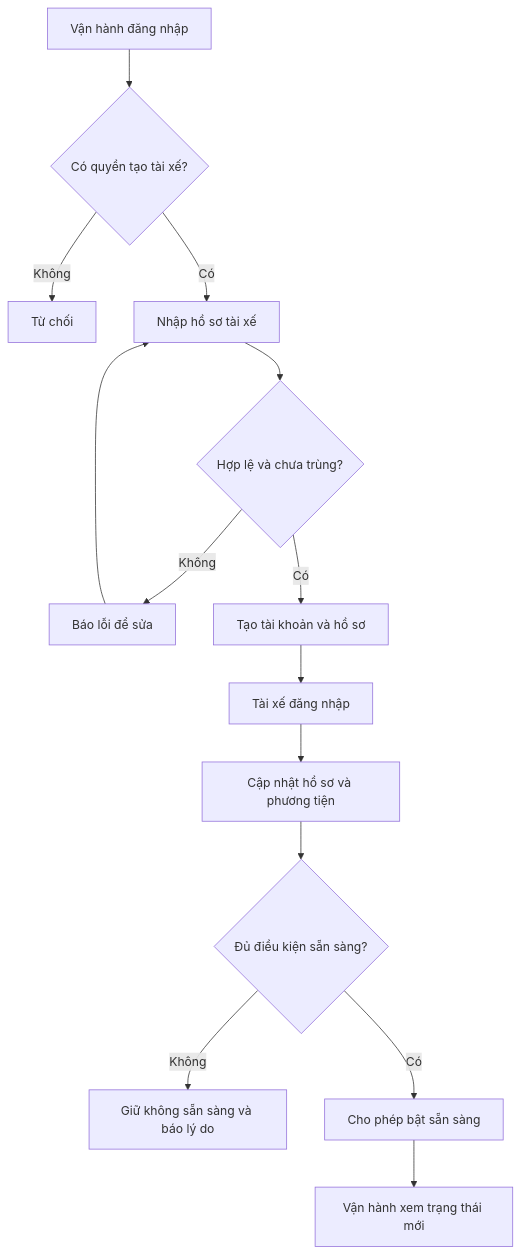
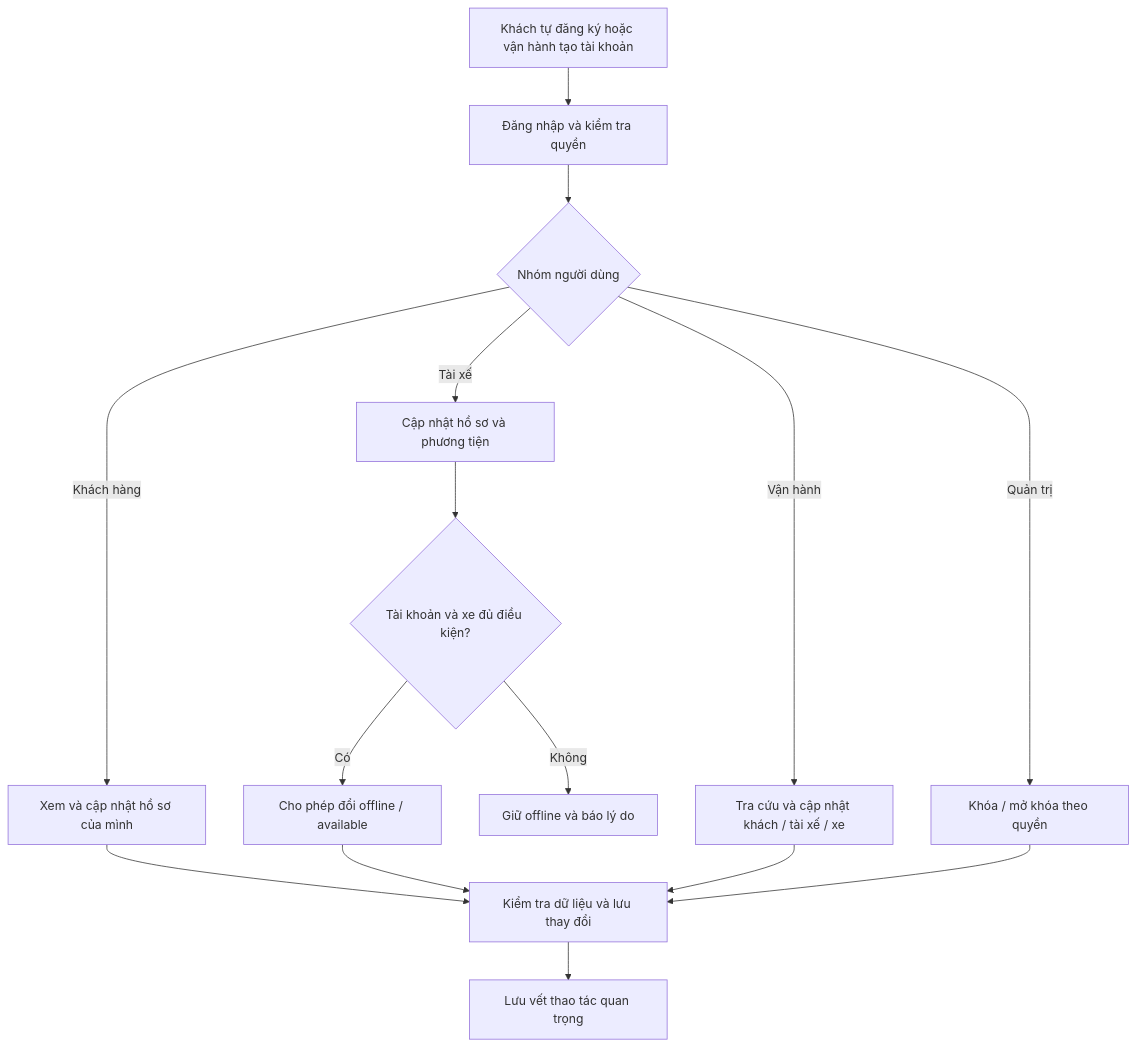
One commit to fitduycao/23662021_ToNguyenKhanhDuy_CABSYSTEM changed the second of 3 diagrams in srs.md. Above: the diagram before and after it, drawn with Mermaid. The commit also changed other lines of this file, not shown here.

````diff
--- a/srs.md
+++ b/srs.md
@@ -157,16 +219,17 @@
 ```mermaid
 flowchart TD
-    A[Vận hành đăng nhập] --> B{Có quyền tạo tài xế?}
-    B -- Không --> C[Từ chối]
-    B -- Có --> D[Nhập hồ sơ tài xế]
-    D --> E{Hợp lệ và chưa trùng?}
-    E -- Không --> F[Báo lỗi để sửa]
-    F --> D
-    E -- Có --> G[Tạo tài khoản và hồ sơ]
-    G --> H[Tài xế đăng nhập]
-    H --> I[Cập nhật hồ sơ và phương tiện]
-    I --> J{Đủ điều kiện sẵn sàng?}
-    J -- Không --> K[Giữ không sẵn sàng và báo lý do]
-    J -- Có --> L[Cho phép bật sẵn sàng]
-    L --> M[Vận hành xem trạng thái mới]
+    A[Khách tự đăng ký hoặc vận hành tạo tài khoản] --> B[Đăng nhập và kiểm tra quyền]
+    B --> C{Nhóm người dùng}
+    C -- Khách hàng --> D[Xem và cập nhật hồ sơ của mình]
+    C -- Tài xế --> E[Cập nhật hồ sơ và phương tiện]
+    E --> F{Tài khoản và xe đủ điều kiện?}
+    F -- Có --> G[Cho phép đổi offline / available]
+    F -- Không --> H[Giữ offline và báo lý do]
+    C -- Vận hành --> I[Tra cứu và cập nhật khách / tài xế / xe]
+    C -- Quản trị --> J[Khóa / mở khóa theo quyền]
+    D --> K[Kiểm tra dữ liệu và lưu thay đổi]
+    G --> K
+    I --> K
+    J --> K
+    K --> L[Lưu vết thao tác quan trọng]
 ```
````
